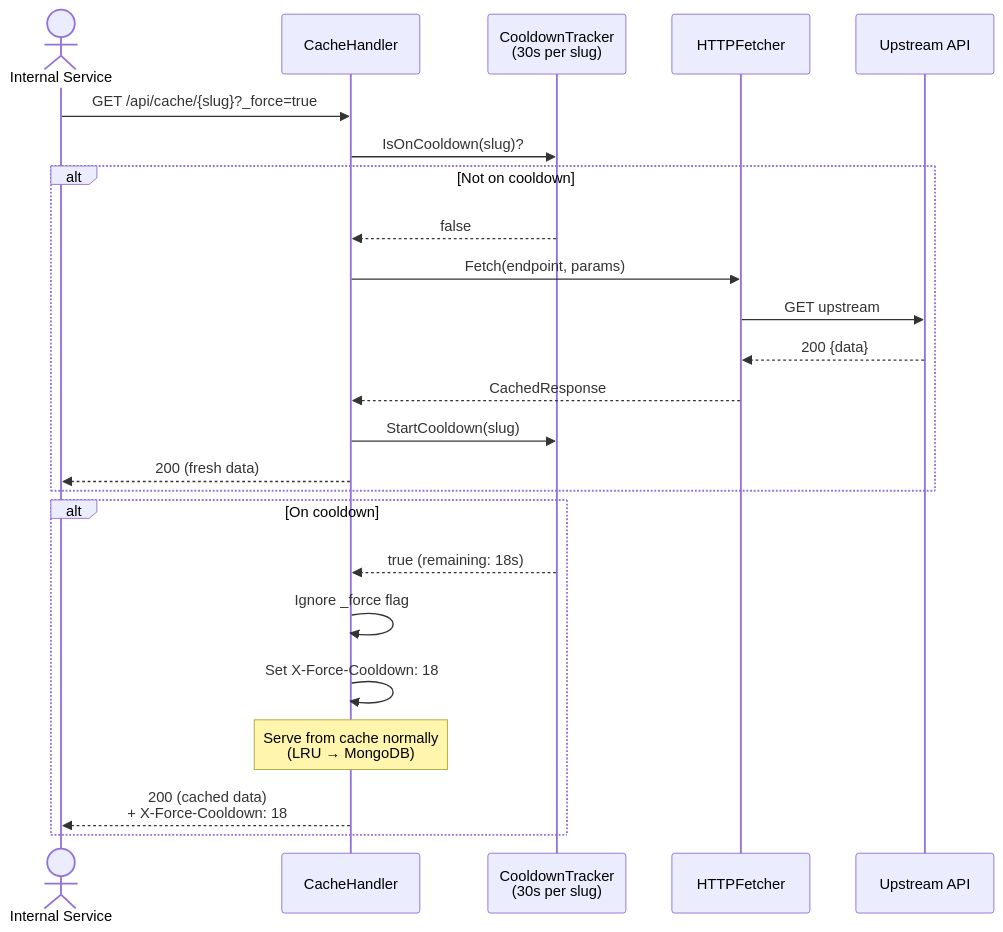
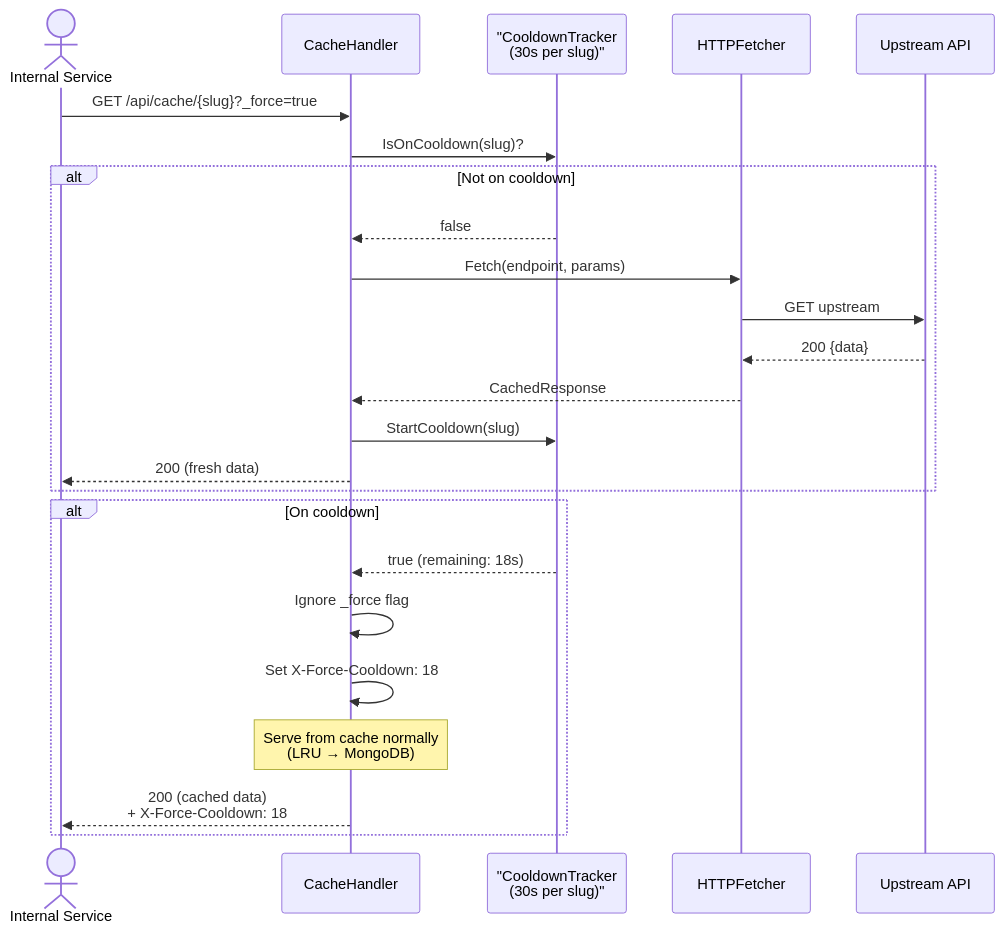
Before and after one commit to finish06/cash-drugs: the sixth of 31 diagrams in docs/sequence-diagram.md, drawn with Mermaid. The commit also changed other lines of this file and 8 other files, not shown here.

````diff
--- a/docs/sequence-diagram.md
+++ b/docs/sequence-diagram.md
@@ -263,30 +263,30 @@
 ```mermaid
 sequenceDiagram
     actor Client as Internal Service
     participant CH as CacheHandler
-    participant CD as CooldownTracker<br/>(30s per slug)
+    participant CD as "CooldownTracker<br/>(30s per slug)"
     participant UF as HTTPFetcher
     participant API as Upstream API
 
     Client->>CH: GET /api/cache/{slug}?_force=true
 
     CH->>CD: IsOnCooldown(slug)?
 
     alt Not on cooldown
         CD-->>CH: false
         CH->>UF: Fetch(endpoint, params)
         UF->>API: GET upstream
         API-->>UF: 200 {data}
         UF-->>CH: CachedResponse
         CH->>CD: StartCooldown(slug)
         CH-->>Client: 200 (fresh data)
     end
 
     alt On cooldown
         CD-->>CH: true (remaining: 18s)
         CH->>CH: Ignore _force flag
         CH->>CH: Set X-Force-Cooldown: 18
         Note over CH: Serve from cache normally<br/>(LRU → MongoDB)
         CH-->>Client: 200 (cached data)<br/>+ X-Force-Cooldown: 18
     end
 ```
````
